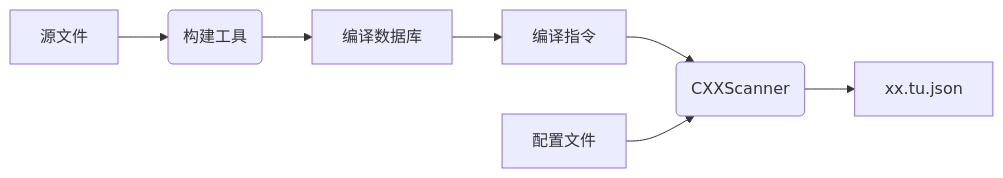
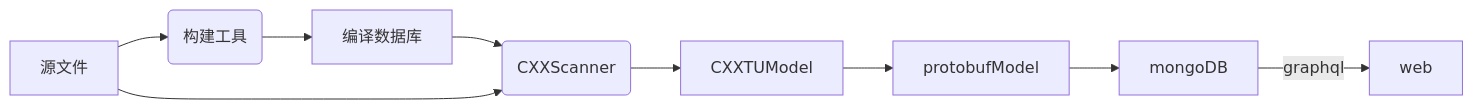
One commit to yilongdong/CXXScanner changed the diagram in README.md. Above: the diagram before and after it, drawn with Mermaid. The commit also changed 13 other files, not shown here.

````diff
--- a/README.md
+++ b/README.md
@@ -6,8 +6,11 @@
 ```mermaid
 graph LR
     D[源文件] --> E(构建工具)
-    E --> F[编译数据库] --> A[编译指令]
-    A --> B(CXXScanner)
-    C[配置文件] --> B
-    B --> xx.tu.json
+    E --> F[编译数据库]
+    F --> B(CXXScanner)
+    D --> B
+    B --> C[CXXTUModel]
+    C --> G[protobufModel]
+    G --> H[mongoDB]
+    H -->|graphql| I[web]
 ```
````
